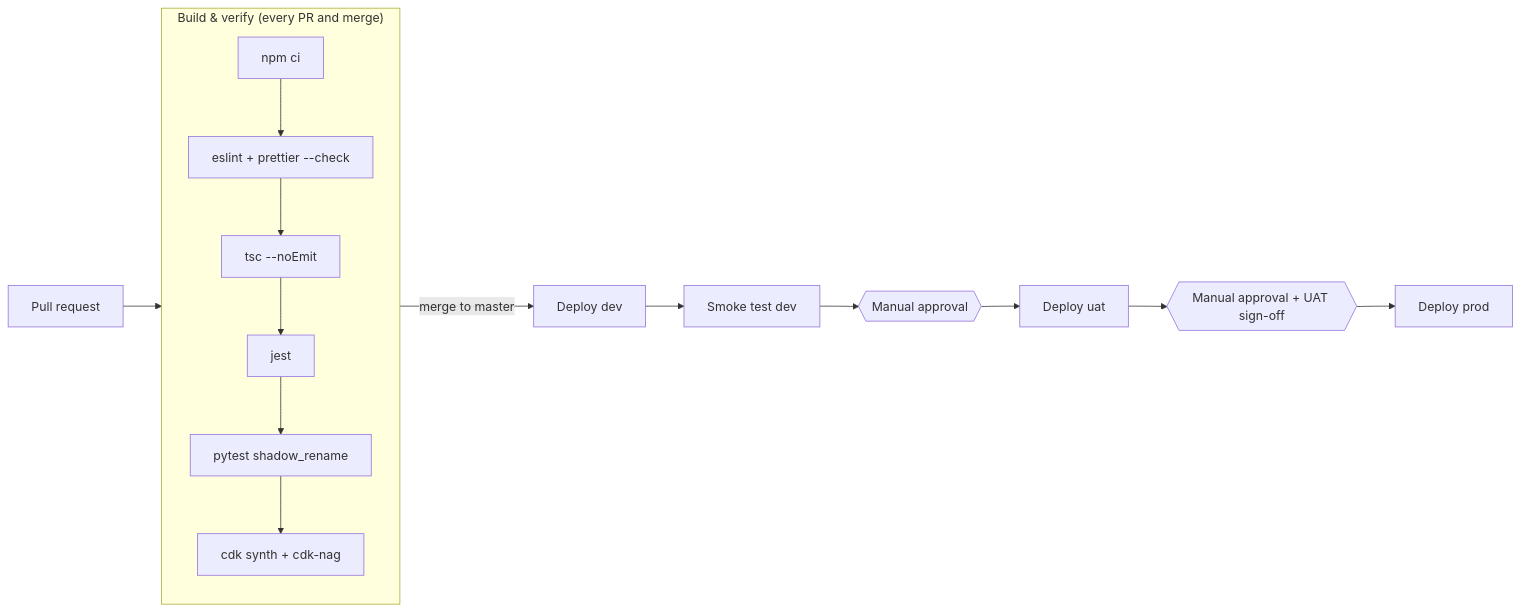
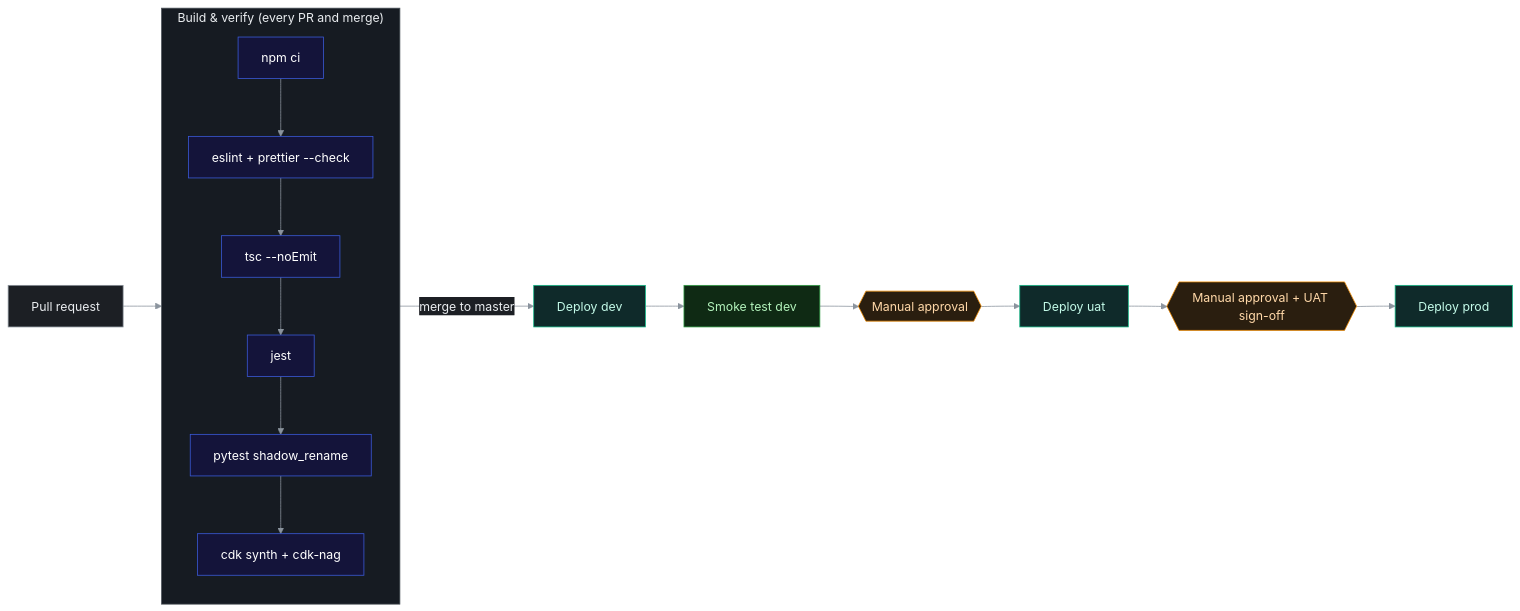
Before and after one commit to neolace/reimagined-robot: the diagram in docs/operations/environments-and-deployment.md, drawn with Mermaid. The commit also changed 7 other files, not shown here.

````diff
--- a/docs/operations/environments-and-deployment.md
+++ b/docs/operations/environments-and-deployment.md
@@ -85,17 +85,27 @@
 ```mermaid
+%%{init: {"theme": "base", "themeVariables": {"darkMode": true, "background": "#0d1117", "primaryColor": "#1c1f24", "primaryTextColor": "#e9ecef", "primaryBorderColor": "#868e96", "lineColor": "#8b949e", "arrowheadColor": "#8b949e", "clusterBkg": "#161b22", "clusterBorder": "#495057", "titleColor": "#e9ecef", "edgeLabelBackground": "#1c1f24", "noteBkgColor": "#2a1e0f", "noteTextColor": "#ffd8a8", "noteBorderColor": "#f08c00"}}}%%
 flowchart LR
     PR[Pull request] --> CI
     subgraph CI["Build & verify (every PR and merge)"]
         A[npm ci] --> B[eslint + prettier --check]
         B --> C[tsc --noEmit]
         C --> D[jest]
         D --> E[pytest shadow_rename]
         E --> F[cdk synth + cdk-nag]
     end
     CI -->|merge to master| DEV[Deploy dev]
     DEV --> SMOKE[Smoke test dev]
     SMOKE --> GATE1{{Manual approval}}
     GATE1 --> UAT[Deploy uat]
     UAT --> GATE2{{Manual approval + UAT sign-off}}
     GATE2 --> PROD[Deploy prod]
+
+    classDef blue fill:#14143a,stroke:#3b5bdb,color:#fff
+    classDef green fill:#0f2a14,stroke:#2f9e44,color:#b2f2bb
+    classDef teal fill:#0f2a2a,stroke:#12b886,color:#c3fae8
+    classDef orange fill:#2a1e0f,stroke:#f08c00,color:#ffd8a8
+    class A,B,C,D,E,F blue
+    class SMOKE green
+    class DEV,UAT,PROD teal
+    class GATE1,GATE2 orange
 ```
````
